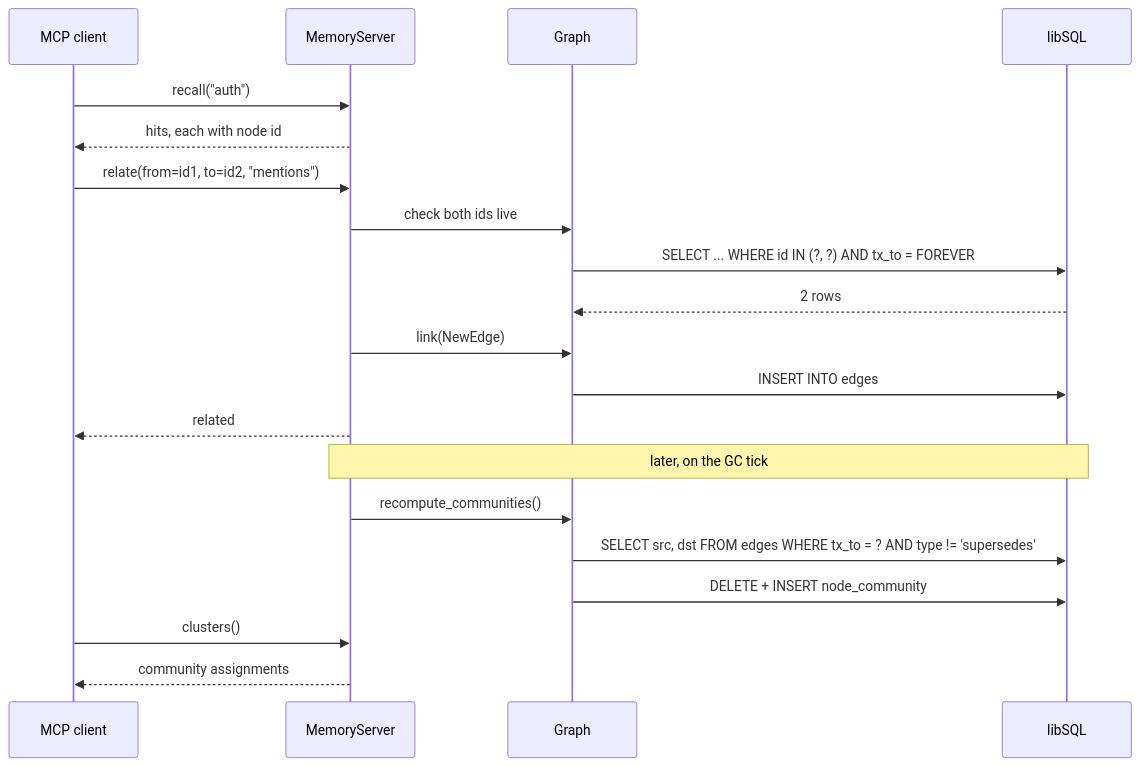
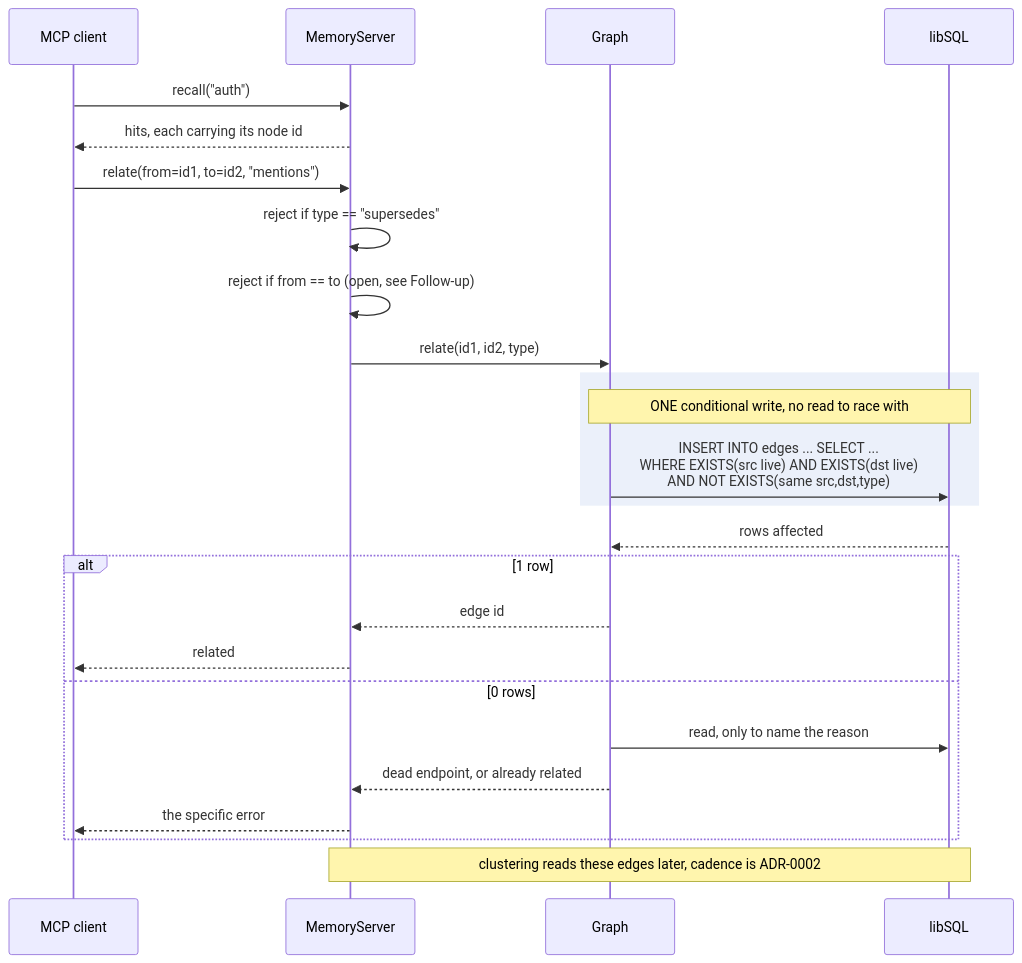
One commit to protocortex/liam changed the third of 3 diagrams in docs/adr/0001-assert-memory-edges-by-node-id.md. Above: the diagram before and after it, drawn with Mermaid. The commit also changed other lines of this file and 3 other files, not shown here.

First line of the commit message:
docs(adr): split cluster cadence out of ADR-0001 into ADR-0002 (#50)

````diff
--- a/docs/adr/0001-assert-memory-edges-by-node-id.md
+++ b/docs/adr/0001-assert-memory-edges-by-node-id.md
@@ -227,24 +327,32 @@
 ```mermaid
 sequenceDiagram
     participant Client as MCP client
     participant Server as MemoryServer
     participant Graph as Graph
     participant DB as libSQL
 
     Client->>Server: recall("auth")
-    Server-->>Client: hits, each with node id
+    Server-->>Client: hits, each carrying its node id
     Client->>Server: relate(from=id1, to=id2, "mentions")
-    Server->>Graph: check both ids live
-    Graph->>DB: SELECT ... WHERE id IN (?, ?) AND tx_to = FOREVER
-    DB-->>Graph: 2 rows
-    Server->>Graph: link(NewEdge)
-    Graph->>DB: INSERT INTO edges
-    Server-->>Client: related
+    Server->>Server: reject if type == "supersedes"
+    Server->>Server: reject if from == to (open, see Follow-up)
+    Server->>Graph: relate(id1, id2, type)
 
-    Note over Server,DB: later, on the GC tick
-    Server->>Graph: recompute_communities()
-    Graph->>DB: SELECT src, dst FROM edges WHERE tx_to = ? AND type != 'supersedes'
-    Graph->>DB: DELETE + INSERT node_community
-    Client->>Server: clusters()
-    Server-->>Client: community assignments
+    rect rgb(235, 240, 250)
+    Note over Graph,DB: ONE conditional write, no read to race with
+    Graph->>DB: INSERT INTO edges ... SELECT ...<br/>WHERE EXISTS(src live) AND EXISTS(dst live)<br/>AND NOT EXISTS(same src,dst,type)
+    end
+
+    DB-->>Graph: rows affected
+
+    alt 1 row
+        Graph-->>Server: edge id
+        Server-->>Client: related
+    else 0 rows
+        Graph->>DB: read, only to name the reason
+        Graph-->>Server: dead endpoint, or already related
+        Server-->>Client: the specific error
+    end
+
+    Note over Server,DB: clustering reads these edges later, cadence is ADR-0002
 ```
````
